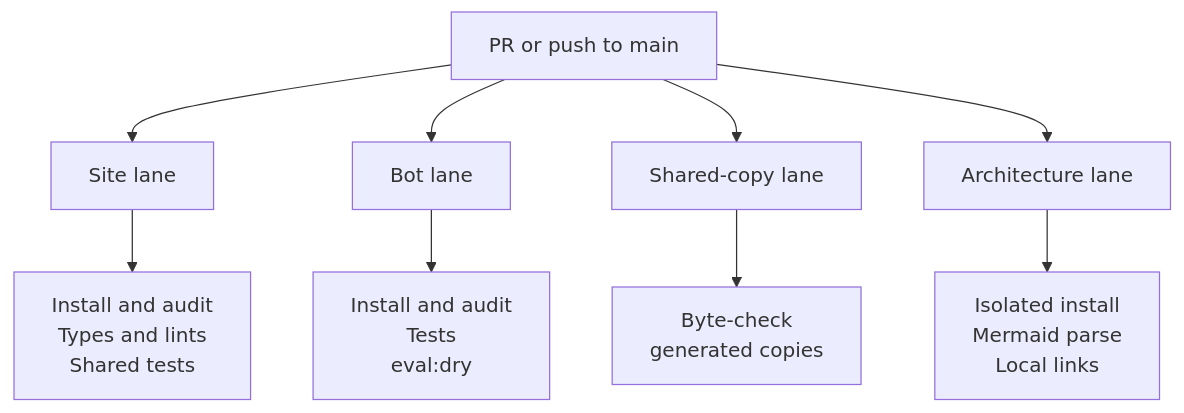
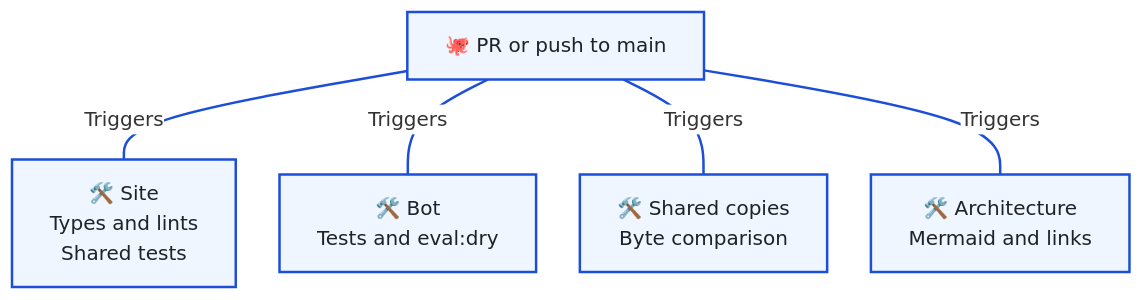
Before and after one commit to T00few2/dzr: the second of 3 diagrams in docs/architecture/operations.md, drawn with Mermaid. The commit also changed other lines of this file and 15 other files, not shown here.

First line of the commit message:
docs: standardize Mermaid notation and map the technology stack

````diff
--- a/docs/architecture/operations.md
+++ b/docs/architecture/operations.md
@@ -34,11 +44,20 @@
 ```mermaid
+---
+config:
+  theme: base
+  themeVariables:
+    edgeLabelBackground: '#ffffff'
+  flowchart:
+    padding: 15
+    nodeSpacing: 35
+    rankSpacing: 40
+---
 flowchart TB
-    event[PR or push to main] --> site[Site lane]
-    event --> bot[Bot lane]
-    event --> shared[Shared-copy lane]
-    event --> docs[Architecture lane]
-    site --> sitechecks[Install and audit<br/>Types and lints<br/>Shared tests]
-    bot --> botchecks[Install and audit<br/>Tests<br/>eval:dry]
-    shared --> sync[Byte-check<br/>generated copies]
-    docs --> docchecks[Isolated install<br/>Mermaid parse<br/>Local links]
+    event["🐙 PR or push to main"] ---|Triggers| site["🛠️ Site<br/>Types and lints<br/>Shared tests"]
+    event ---|Triggers| bot["🛠️ Bot<br/>Tests and eval:dry"]
+    event ---|Triggers| shared["🛠️ Shared copies<br/>Byte comparison"]
+    event ---|Triggers| docs["🛠️ Architecture<br/>Mermaid and links"]
+    classDef default fill:#eff6ff,stroke:#1d4ed8,stroke-width:2px,color:#1f2328
+    classDef external fill:#fff1f2,stroke:#b91c1c,stroke-width:2px,color:#1f2328
+    linkStyle default stroke:#1d4ed8,stroke-width:2px
 ```
````
